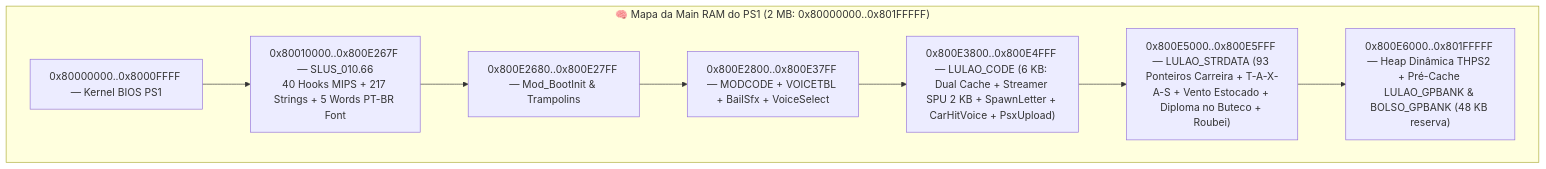
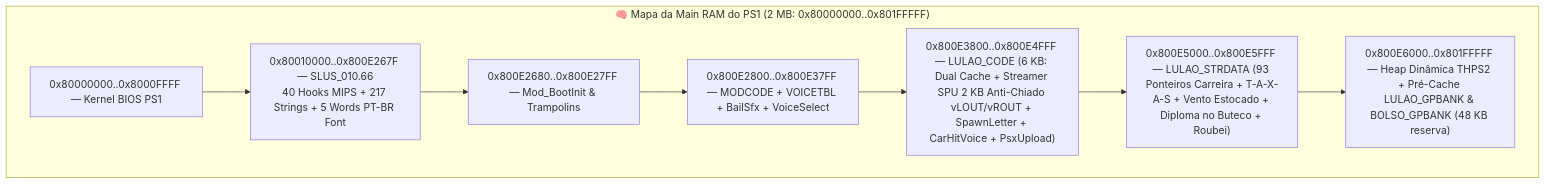
One commit to WagnerxOliveira/Tony_Hawk-s_Pro_Skater_2_Mod_PSX changed the fourth of 4 diagrams in HISTORIA_DO_PROJETO_THPS2_MOD.md. Above: the diagram before and after it, drawn with Mermaid. The commit also changed other lines of this file and 5 other files, not shown here.

Commit message:
fix(audio,spu): elimina chiado no fundo das falas do Lulao mutando SPU Reverb vLOUT/vROUT (0x1F801D84/86) + guarda 60Hz + DSP afftdn/Kaiser-sinc (-26.5 dB ruido) e atualiza HISTORIA_DO_PROJETO_THPS2_MOD.md

````diff
--- a/HISTORIA_DO_PROJETO_THPS2_MOD.md
+++ b/HISTORIA_DO_PROJETO_THPS2_MOD.md
@@ -288,13 +332,13 @@
 ```mermaid
 flowchart TB
     subgraph RAM["🧠 Mapa da Main RAM do PS1 (2 MB: 0x80000000..0x801FFFFF)"]
         K["0x80000000..0x8000FFFF — Kernel BIOS PS1"]
         E["0x80010000..0x800E267F — SLUS_010.66<br/>40 Hooks MIPS + 217 Strings + 5 Words PT-BR Font"]
         B["0x800E2680..0x800E27FF — Mod_BootInit & Trampolins"]
         M["0x800E2800..0x800E37FF — MODCODE + VOICETBL + BailSfx + VoiceSelect"]
-        L["0x800E3800..0x800E4FFF — LULAO_CODE (6 KB: Dual Cache + Streamer SPU 2 KB + SpawnLetter + CarHitVoice + PsxUpload)"]
+        L["0x800E3800..0x800E4FFF — LULAO_CODE (6 KB: Dual Cache + Streamer SPU 2 KB Anti-Chiado vLOUT/vROUT + SpawnLetter + CarHitVoice + PsxUpload)"]
         S["0x800E5000..0x800E5FFF — LULAO_STRDATA (93 Ponteiros Carreira + T-A-X-A-S + Vento Estocado + Diploma no Buteco + Roubei)"]
         H["0x800E6000..0x801FFFFF — Heap Dinâmica THPS2 + Pré-Cache LULAO_GPBANK & BOLSO_GPBANK (48 KB reserva)"]
     end
     K --> E --> B --> M --> L --> S --> H
 ```
````
